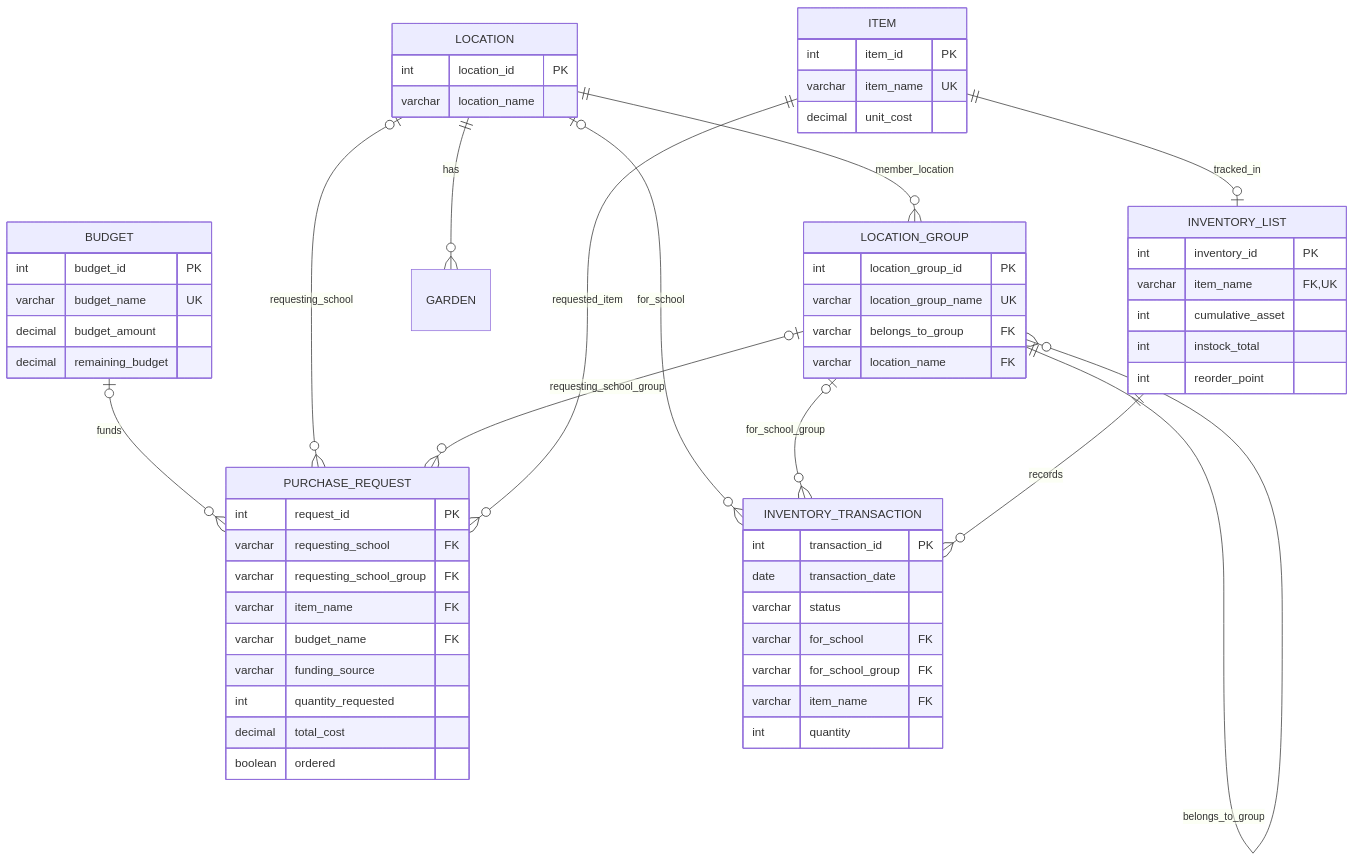
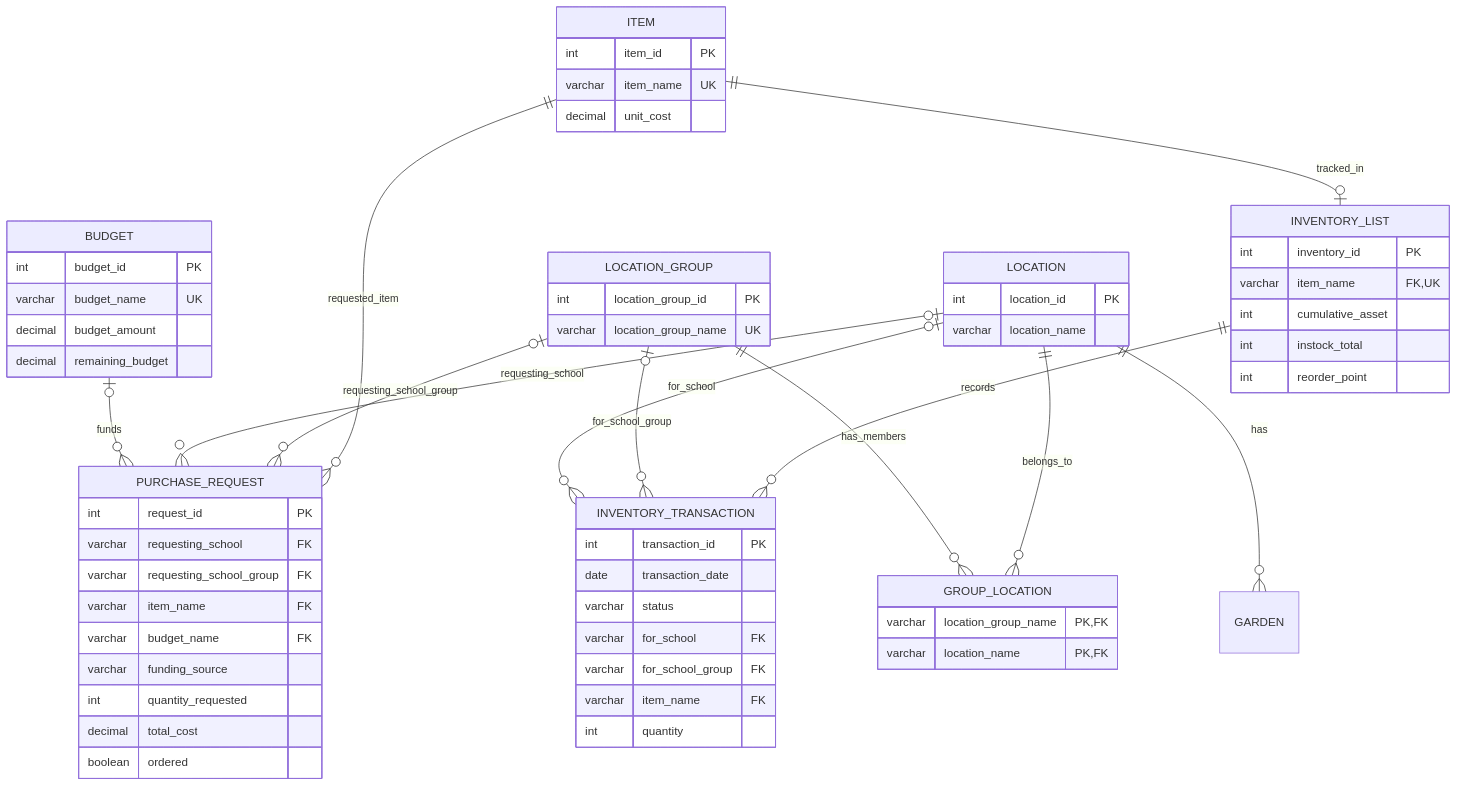
One commit to CrisOrnelas99/Garden-Database changed the first of 2 diagrams in README.md. Above: the diagram before and after it, drawn with Mermaid. The commit also changed other lines of this file and 5 other files, not shown here.

Commit message:
clean up location group - 2 tables

````diff
--- a/README.md
+++ b/README.md
@@ -29,73 +29,76 @@
 ```mermaid
 erDiagram
 
     BUDGET o|--o{ PURCHASE_REQUEST : funds
 
     LOCATION o|--o{ PURCHASE_REQUEST : requesting_school
     LOCATION o|--o{ INVENTORY_TRANSACTION : for_school
     LOCATION_GROUP o|--o{ PURCHASE_REQUEST : requesting_school_group
     LOCATION_GROUP o|--o{ INVENTORY_TRANSACTION : for_school_group
-    LOCATION_GROUP ||--o{ LOCATION_GROUP : belongs_to_group
-    LOCATION ||--o{ LOCATION_GROUP : member_location
+    LOCATION_GROUP ||--o{ GROUP_LOCATION : has_members
+    LOCATION ||--o{ GROUP_LOCATION : belongs_to
     LOCATION ||--o{ GARDEN : has
 
     ITEM ||--o{ PURCHASE_REQUEST : requested_item
     ITEM ||--o| INVENTORY_LIST : tracked_in
 
     INVENTORY_LIST ||--o{ INVENTORY_TRANSACTION : records
 
     BUDGET {
         int budget_id PK
         varchar budget_name UK
         decimal budget_amount
         decimal remaining_budget
     }
 
     LOCATION {
         int location_id PK
         varchar location_name
     }
 
     LOCATION_GROUP {
         int location_group_id PK
         varchar location_group_name UK
-        varchar belongs_to_group FK
-        varchar location_name FK
+    }
+
+    GROUP_LOCATION {
+        varchar location_group_name PK, FK
+        varchar location_name PK, FK
     }
 
     ITEM {
         int item_id PK
         varchar item_name UK
         decimal unit_cost
     }
 
     INVENTORY_LIST {
         int inventory_id PK
         varchar item_name FK, UK
         int cumulative_asset
         int instock_total
         int reorder_point
     }
 
     PURCHASE_REQUEST {
         int request_id PK
         varchar requesting_school FK
         varchar requesting_school_group FK
         varchar item_name FK
         varchar budget_name FK
         varchar funding_source
         int quantity_requested
         decimal total_cost
         boolean ordered
     }
 
     INVENTORY_TRANSACTION {
         int transaction_id PK
         date transaction_date
         varchar status
         varchar for_school FK
         varchar for_school_group FK
         varchar item_name FK
         int quantity
     }
 ```
````
